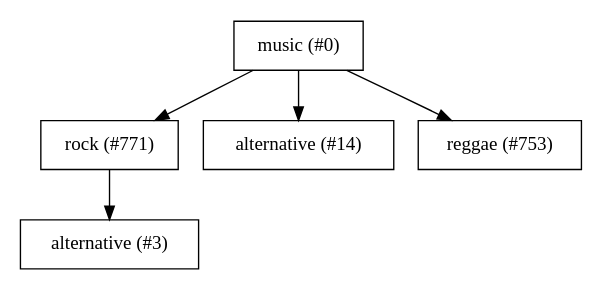
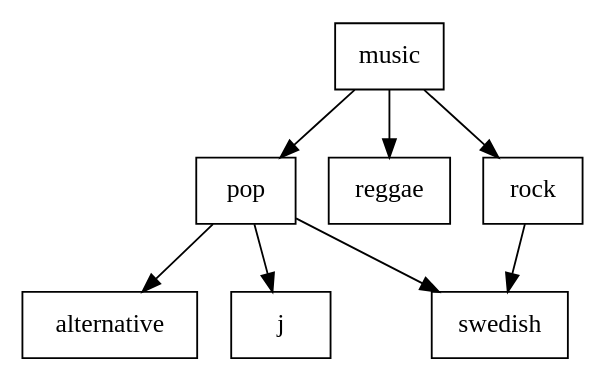
One commit to sahib/libmunin-thesis changed the second of 2 diagrams in rst/III/index.rst. Above: the diagram before and after it, drawn with Graphviz. The commit also changed other lines of this file, not shown here.

```diff
--- a/rst/III/index.rst
+++ b/rst/III/index.rst
@@ -33,9 +157,12 @@
 .. digraph:: foo
 
     size=4; 
     node [shape=record];
 
-    "music (#0)"  -> "rock (#771)"
-    "music (#0)"  -> "alternative (#14)"
-    "music (#0)"  -> "reggae (#753)"
-    "rock (#771)" -> "alternative (#3)"
+    music -> pop
+    music -> reggae
+    music -> rock
+    rock -> swedish alternative 
+    pop -> j
+    pop -> swedish
+    pop -> alternative
```
